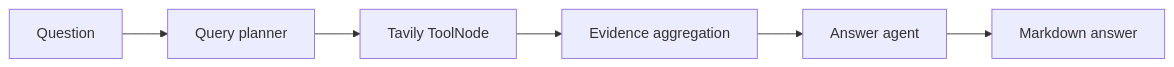
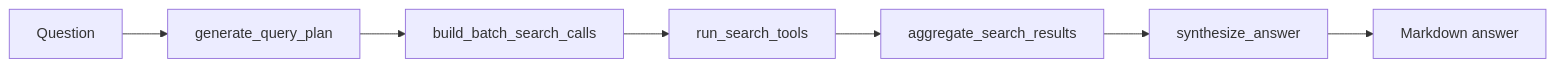
One commit to pr1m8/perplexity-at-home changed the third of 4 diagrams in README.md. Above: the diagram before and after it, drawn with Mermaid. The commit also changed other lines of this file and 16 other files, not shown here.

````diff
--- a/README.md
+++ b/README.md
@@ -79,8 +78,9 @@
 ```mermaid
 flowchart LR
-    Q[Question] --> P[Query planner]
-    P --> T[Tavily ToolNode]
-    T --> A[Evidence aggregation]
-    A --> S[Answer agent]
+    Q[Question] --> P[generate_query_plan]
+    P --> B[build_batch_search_calls]
+    B --> T[run_search_tools]
+    T --> A[aggregate_search_results]
+    A --> S[synthesize_answer]
     S --> R[Markdown answer]
 ```
````
